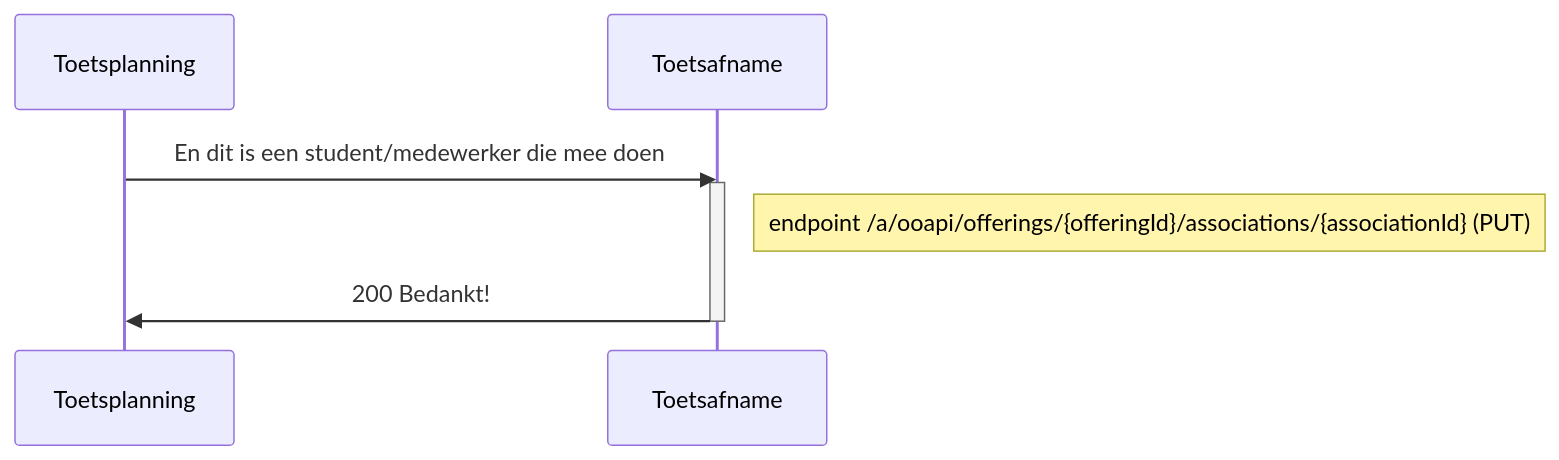
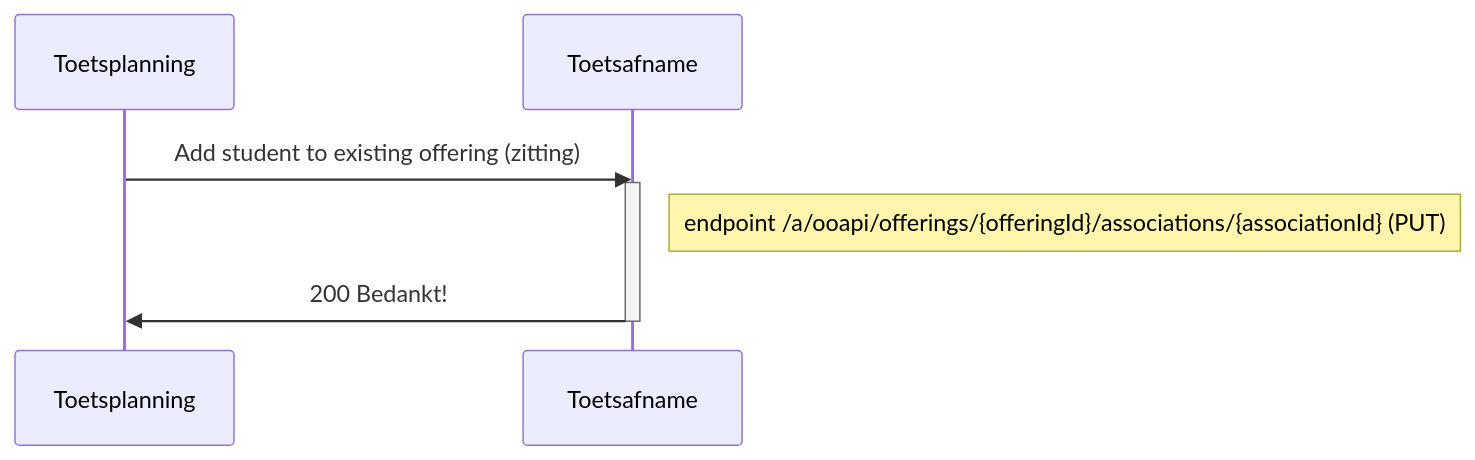
The fifth of 8 diagrams in doc/flow2.md (NetwerkExamineringDigitalisering/NED-OOAPI), drawn with Mermaid before and after one commit. The commit also changed other lines of this file, not shown here.

First line of the commit message:
Update flow2.md

````diff
--- a/doc/flow2.md
+++ b/doc/flow2.md
@@ -229,8 +236,8 @@
 ```mermaid
 sequenceDiagram
-    Toetsplanning->>Toetsafname: En dit is een  student/medewerker die mee doen
+    Toetsplanning->>Toetsafname: Add student to existing offering (zitting)
     activate Toetsafname
     Note right of Toetsafname: endpoint /a/ooapi/offerings/{offeringId}/associations/{associationId} (PUT)
     Toetsafname->>Toetsplanning: 200 Bedankt!
     deactivate Toetsafname
 ```
````
